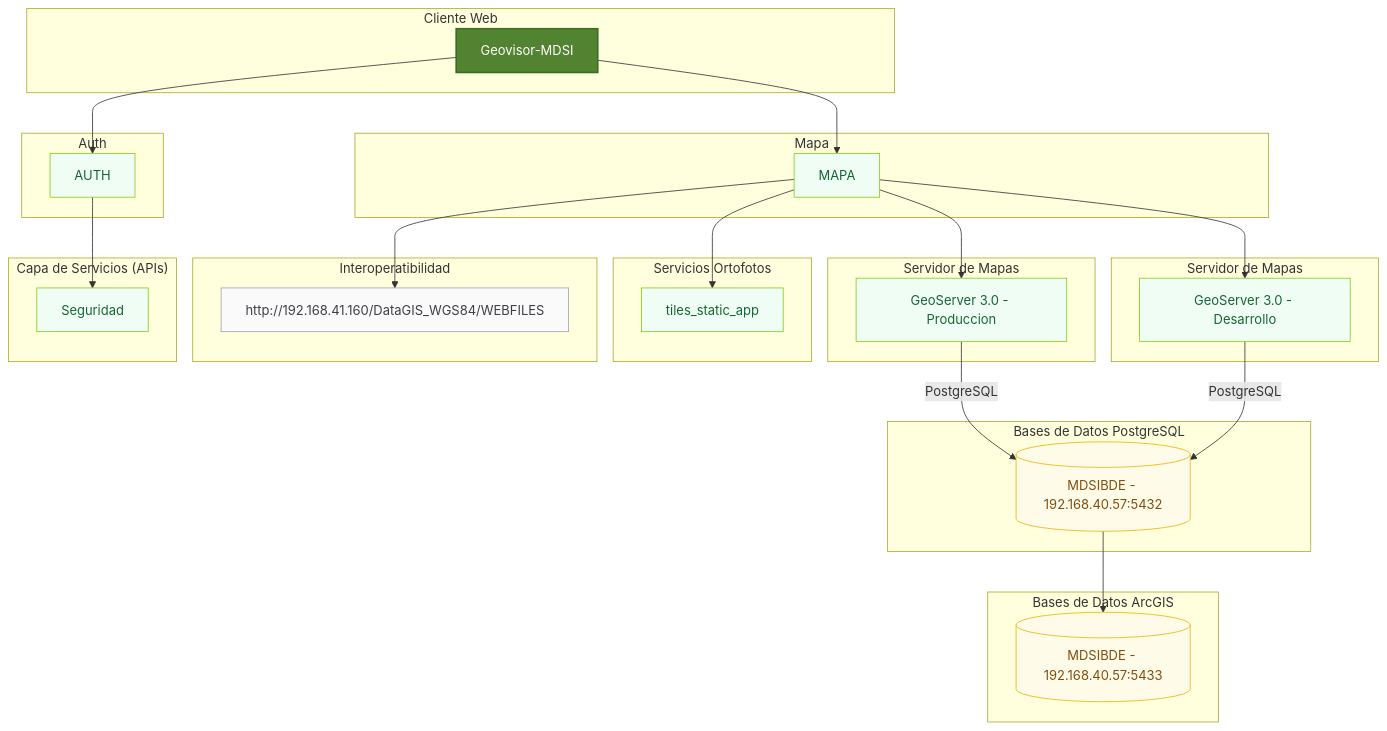
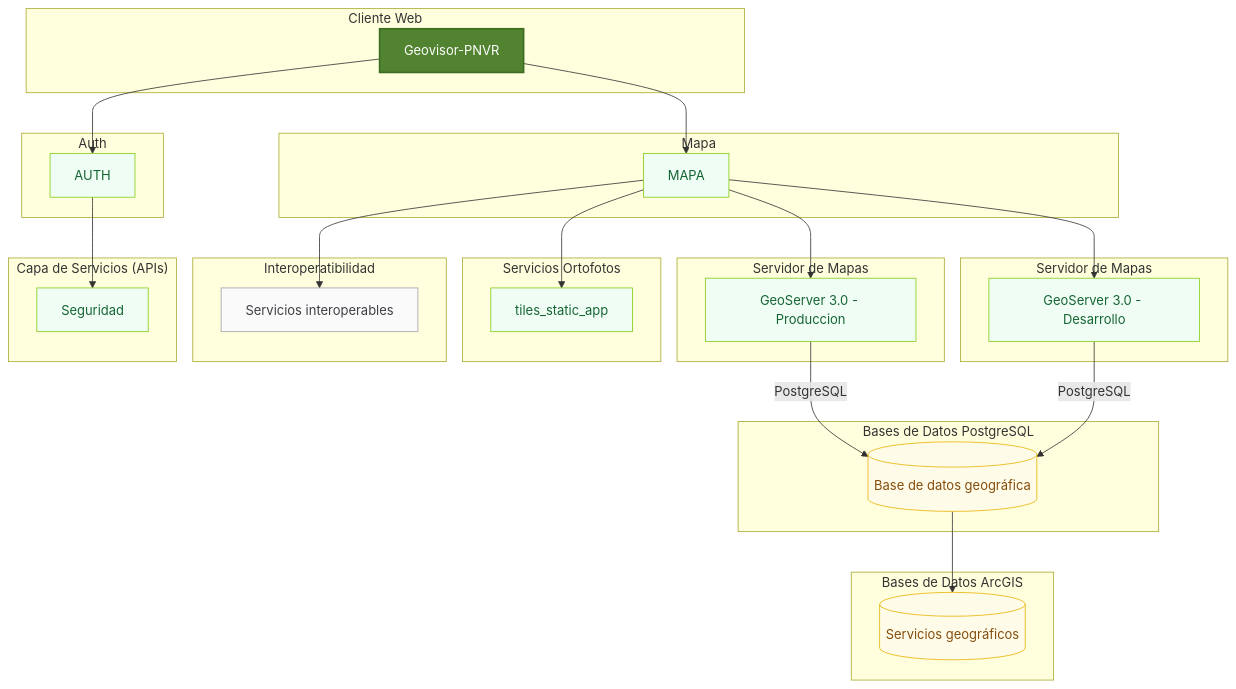
Before and after one commit to jchafloquem/visor_pnsr: the diagram in README.md, drawn with Mermaid. The commit also changed other lines of this file, not shown here.

````diff
--- a/README.md
+++ b/README.md
@@ -135,75 +134,75 @@
 ```mermaid
 graph TB
   %% =========================
   %% COMPONENTES
   %% =========================
   subgraph "Cliente Web"
-    FRONT[Geovisor-MDSI]
+    FRONT[Geovisor-PNVR]
   end 
 
   subgraph "Auth"
     AUTH[AUTH]
   end
 
   subgraph "Mapa"
     MAPA[MAPA]
   end
 
   subgraph "Bases de Datos PostgreSQL"
-    DB1[(MDSIBDE - 192.168.40.57:5432)]
+    DB1[(Base de datos geográfica)]
   end
 
   subgraph "Bases de Datos ArcGIS"
-    DB2[(MDSIBDE - 192.168.40.57:5433)]
+    DB2[(Servicios geográficos)]
   end
   
   subgraph "Servidor de Mapas"
     GEOSERVER_PROD[GeoServer 3.0 - Produccion]
   end
 
   subgraph "Servidor de Mapas"
     GEOSERVER_DEV[GeoServer 3.0 - Desarrollo]
   end
 
   subgraph "Servicios Ortofotos"
     ORTOFOTOS[tiles_static_app]
   end
 
   subgraph "Interoperatibilidad"
-    INTER[http://192.168.41.160/DataGIS_WGS84/WEBFILES]
+    INTER[Servicios interoperables]
   end
 
   subgraph "Capa de Servicios (APIs)"
     SEGURIDAD[Seguridad]
   end  
 
   %% =========================
   %% RELACIONES
   %% =========================
   FRONT --> AUTH
   FRONT --> MAPA
   AUTH --> SEGURIDAD
   MAPA --> GEOSERVER_PROD
   MAPA --> GEOSERVER_DEV
   MAPA --> ORTOFOTOS
   MAPA --> INTER
   DB1 --> DB2
   
   GEOSERVER_PROD -- "PostgreSQL" --> DB1
   GEOSERVER_DEV -- "PostgreSQL" --> DB1
   
 
   %% =========================
   %% ESTILOS
   %% =========================
   classDef front fill:#518330,stroke:#3b6d22,stroke-width:2px,color:#fff;
   classDef service fill:#f0fdf4,stroke:#84cc16,stroke-width:1px,color:#166534;
   classDef db fill:#fefce8,stroke:#eab308,stroke-width:1px,color:#854d0e;
   classDef external fill:#fafafa,stroke:#a1a1aa,stroke-width:1px,color:#3f3f46;
 
   class FRONT front;
   class AUTH,MAPA,GEOSERVER_PROD,GEOSERVER_DEV,ORTOFOTOS,SEGURIDAD service;
   class INTER external;
   class DB1 db;
   class DB2 db;
 ```
````
